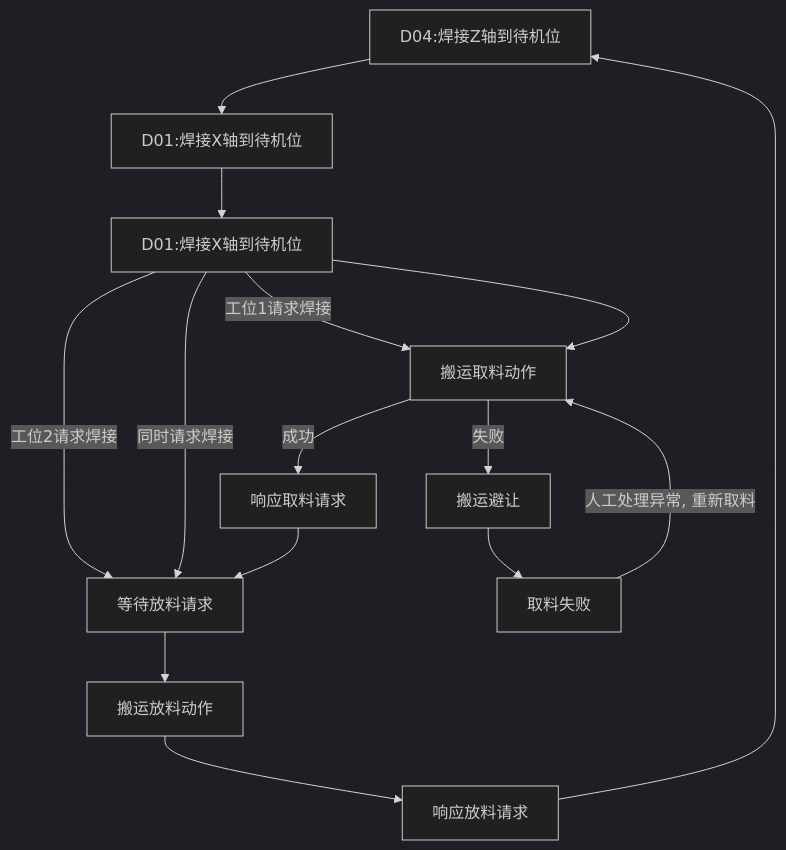
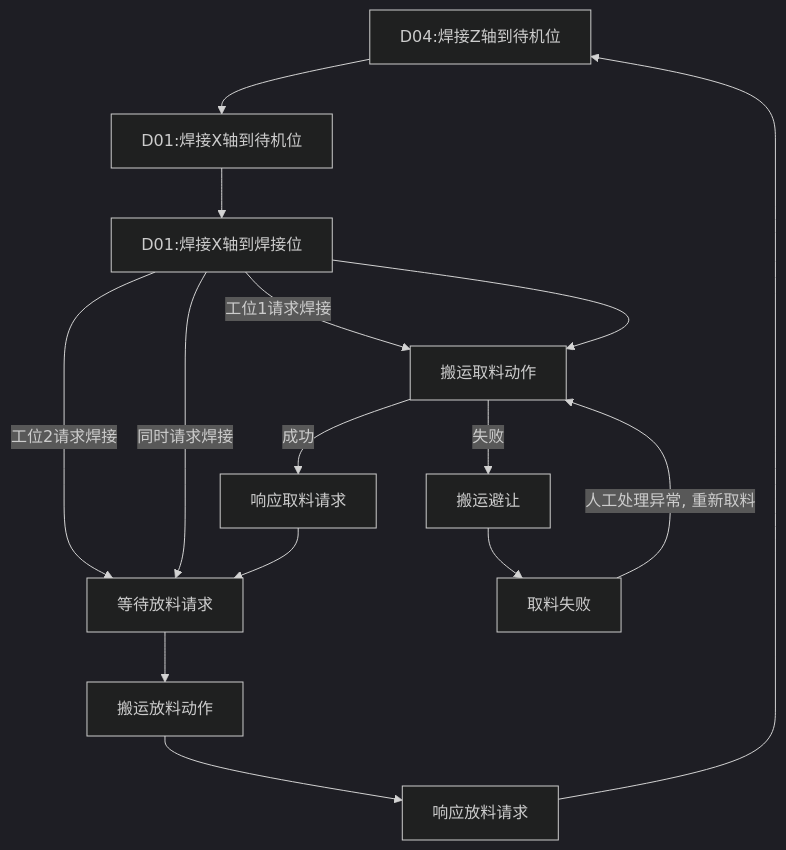
The diagram in all/OP10焊接工位自动流程.md (PengKun1/iodraw-files), drawn with Mermaid (dark theme) before and after one commit.

Commit message:
2024-08-06 16:56:08 update

````diff
--- a/all/OP10焊接工位自动流程.md
+++ b/all/OP10焊接工位自动流程.md
@@ -1,19 +1,19 @@
 ```mermaid
 graph TD
 10[D04:焊接Z轴到待机位]-->20
 20[D01:焊接X轴到待机位]-->30
 30{等待请求焊接信号}-->|工位1请求焊接|40
 30-->|工位2请求焊接|60
 30-->|同时请求焊接|60
-30[D01:焊接X轴到待机位]-->40
+30[D01:焊接X轴到焊接位]-->40
 40[搬运取料动作]-->|成功|50
 40-->|失败|90
 50[响应取料请求]-->60
 60[等待放料请求]-->70
 70[搬运放料动作]-->80
 80[响应放料请求]-->10
 
 90[搬运避让]-->900
 
 900[取料失败]-->|人工处理异常, 重新取料|40
 ```
````
